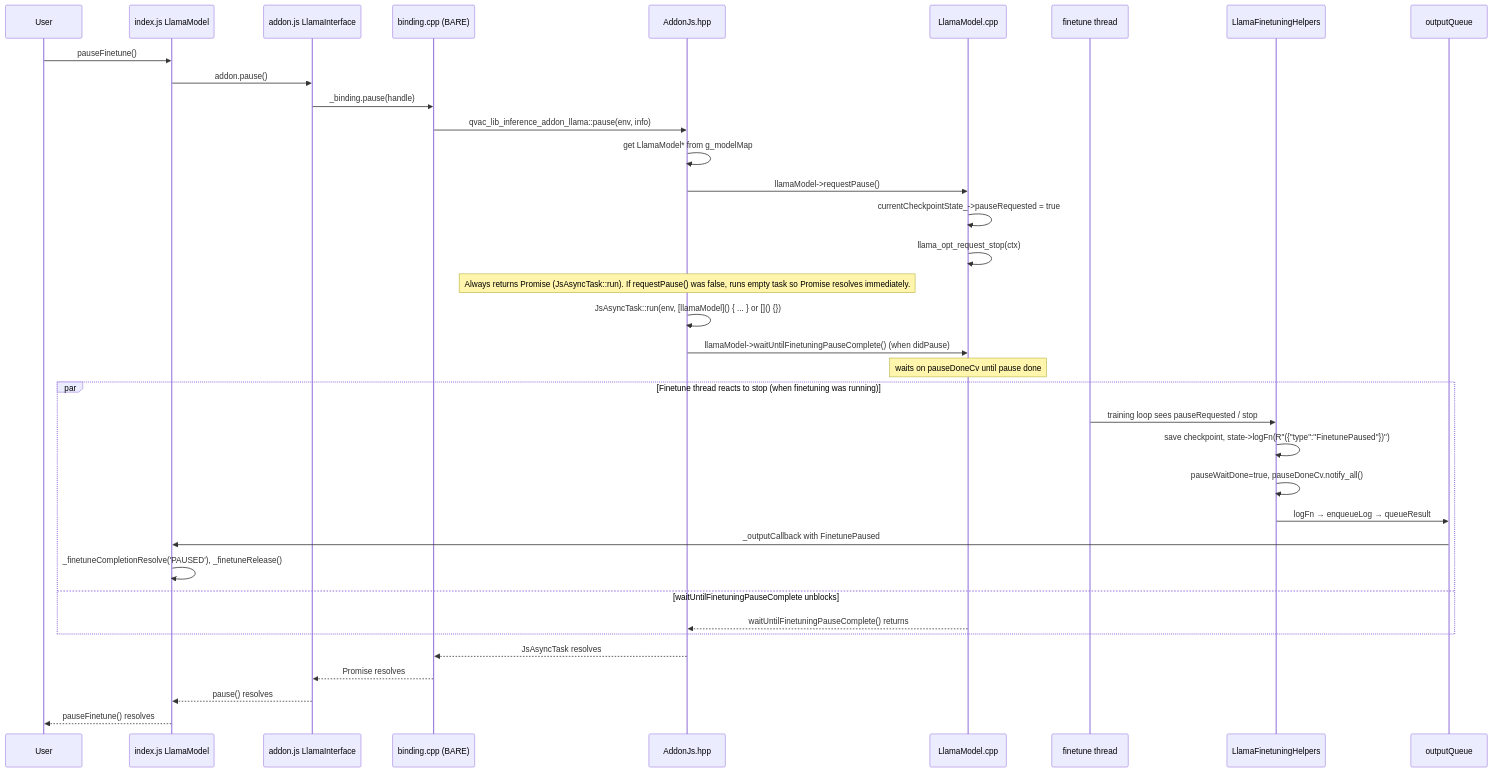
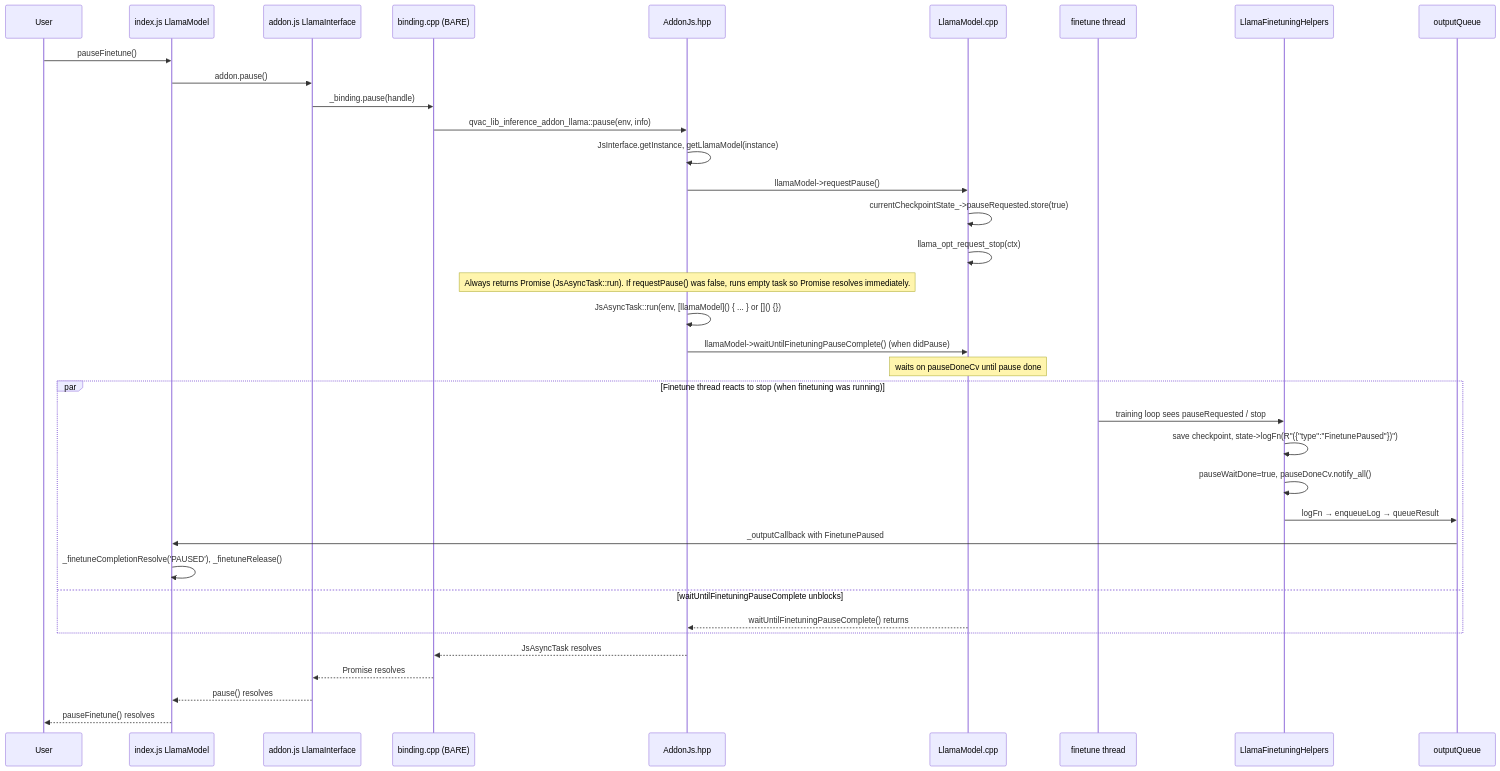
One commit to tetherto/qvac changed the second of 2 diagrams in packages/qvac-lib-infer-llamacpp-llm/docs/finetuning.md. Above: the diagram before and after it, drawn with Mermaid. The commit also changed other lines of this file and 17 other files, not shown here.

````diff
--- a/packages/qvac-lib-infer-llamacpp-llm/docs/finetuning.md
+++ b/packages/qvac-lib-infer-llamacpp-llm/docs/finetuning.md
@@ -215,44 +216,44 @@
 ```mermaid
 sequenceDiagram
     participant User
     participant LlamaModel as index.js LlamaModel
     participant Addon as addon.js LlamaInterface
     participant Binding as binding.cpp (BARE)
     participant AddonJs as AddonJs.hpp
     participant LlamaModelCpp as LlamaModel.cpp
     participant FinetuneThread as finetune thread
     participant Helpers as LlamaFinetuningHelpers
     participant Queue as outputQueue
 
     User->>LlamaModel: pauseFinetune()
     LlamaModel->>Addon: addon.pause()
     Addon->>Binding: _binding.pause(handle)
     Binding->>AddonJs: qvac_lib_inference_addon_llama::pause(env, info)
 
-    AddonJs->>AddonJs: get LlamaModel* from g_modelMap
+    AddonJs->>AddonJs: JsInterface.getInstance, getLlamaModel(instance)
     AddonJs->>LlamaModelCpp: llamaModel->requestPause()
-    LlamaModelCpp->>LlamaModelCpp: currentCheckpointState_->pauseRequested = true
+    LlamaModelCpp->>LlamaModelCpp: currentCheckpointState_->pauseRequested.store(true)
     LlamaModelCpp->>LlamaModelCpp: llama_opt_request_stop(ctx)
 
     Note over AddonJs: Always returns Promise (JsAsyncTask::run). If requestPause() was false, runs empty task so Promise resolves immediately.
 
     AddonJs->>AddonJs: JsAsyncTask::run(env, [llamaModel]() { ... } or []() {})
     AddonJs->>LlamaModelCpp: llamaModel->waitUntilFinetuningPauseComplete() (when didPause)
     Note over LlamaModelCpp: waits on pauseDoneCv until pause done
 
     par Finetune thread reacts to stop (when finetuning was running)
         FinetuneThread->>Helpers: training loop sees pauseRequested / stop
         Helpers->>Helpers: save checkpoint, state->logFn(R"({"type":"FinetunePaused"})")
         Helpers->>Helpers: pauseWaitDone=true, pauseDoneCv.notify_all()
         Helpers->>Queue: logFn → enqueueLog → queueResult
         Queue->>LlamaModel: _outputCallback with FinetunePaused
         LlamaModel->>LlamaModel: _finetuneCompletionResolve('PAUSED'), _finetuneRelease()
     and waitUntilFinetuningPauseComplete unblocks
         LlamaModelCpp-->>AddonJs: waitUntilFinetuningPauseComplete() returns
     end
 
     AddonJs-->>Binding: JsAsyncTask resolves
     Binding-->>Addon: Promise resolves
     Addon-->>LlamaModel: pause() resolves
     LlamaModel-->>User: pauseFinetune() resolves
 ```
````
